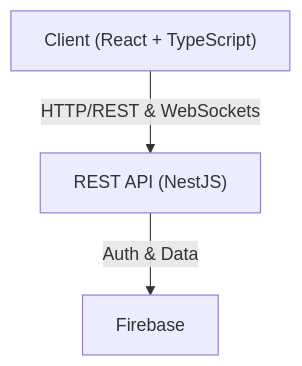
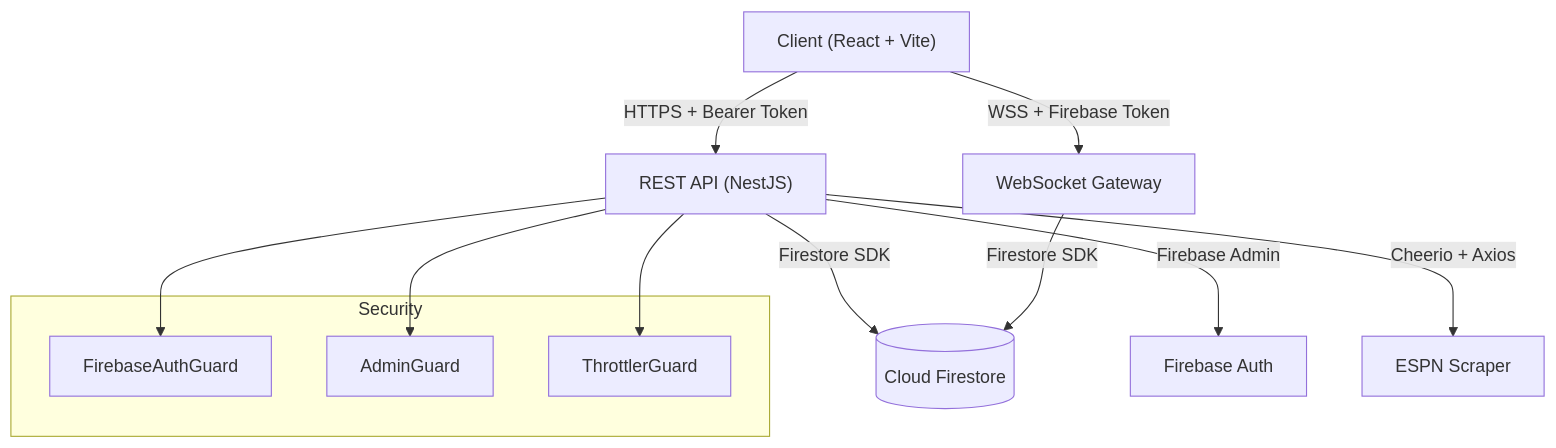
Before and after one commit to CristianLona/Quiniela-App: the diagram in README.md, drawn with Mermaid. The commit also changed other lines of this file and 1 other file, not shown here.

````diff
--- a/README.md
+++ b/README.md
@@ -53,5 +57,19 @@
 ```mermaid
 graph TD
-    Client["Client (React + TypeScript)"] -->|HTTP/REST & WebSockets| API["REST API (NestJS)"]
-    API -->|Auth & Data| Firebase[Firebase]
+    Client["Client (React + Vite)"] -->|HTTPS + Bearer Token| API["REST API (NestJS)"]
+    Client -->|WSS + Firebase Token| WS["WebSocket Gateway"]
+    API -->|Firestore SDK| DB[(Cloud Firestore)]
+    API -->|Firebase Admin| Auth[Firebase Auth]
+    WS -->|Firestore SDK| DB
+    API -->|Cheerio + Axios| ESPN[ESPN Scraper]
+    
+    subgraph Security
+        Guard1[FirebaseAuthGuard]
+        Guard2[AdminGuard]
+        Guard3[ThrottlerGuard]
+    end
+    
+    API --> Guard1
+    API --> Guard2
+    API --> Guard3
 ```
````
